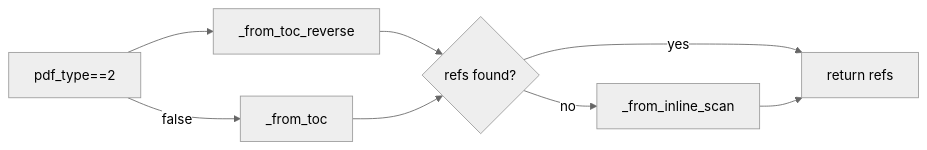
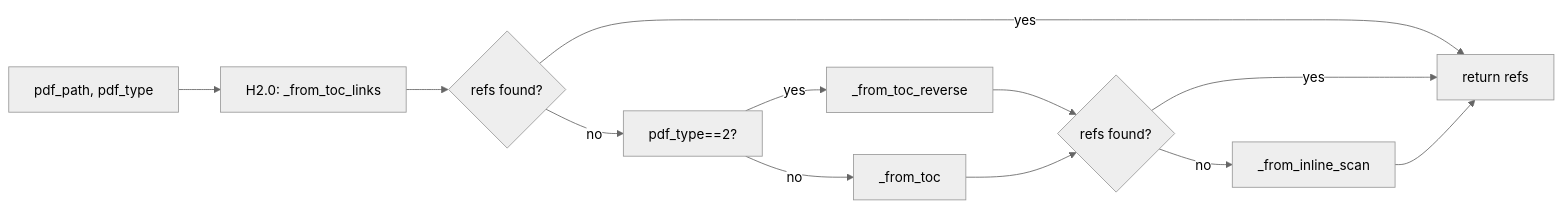
Before and after one commit to MaleBenAttia/st_datasheets153: the second of 2 diagrams in ARCHITECTURE.md, drawn with Mermaid (neutral theme). The commit also changed other lines of this file and 10 other files, not shown here.

````diff
--- a/ARCHITECTURE.md
+++ b/ARCHITECTURE.md
@@ -113,10 +113,14 @@
 ```mermaid
 flowchart LR
-    A[pdf_type==2] --> B[_from_toc_reverse]
-    A -->|false| C[_from_toc]
-    B --> D{refs found?}
-    C --> D
-    D -->|yes| E[return refs]
-    D -->|no| F[_from_inline_scan]
-    F --> E
+    A[pdf_path, pdf_type] --> B[H2.0: _from_toc_links]
+    B --> C{refs found?}
+    C -->|yes| D[return refs]
+    C -->|no| E[pdf_type==2?]
+    E -->|yes| F[_from_toc_reverse]
+    E -->|no| G[_from_toc]
+    F --> H{refs found?}
+    G --> H
+    H -->|yes| D
+    H -->|no| I[_from_inline_scan]
+    I --> D
 ```
````
